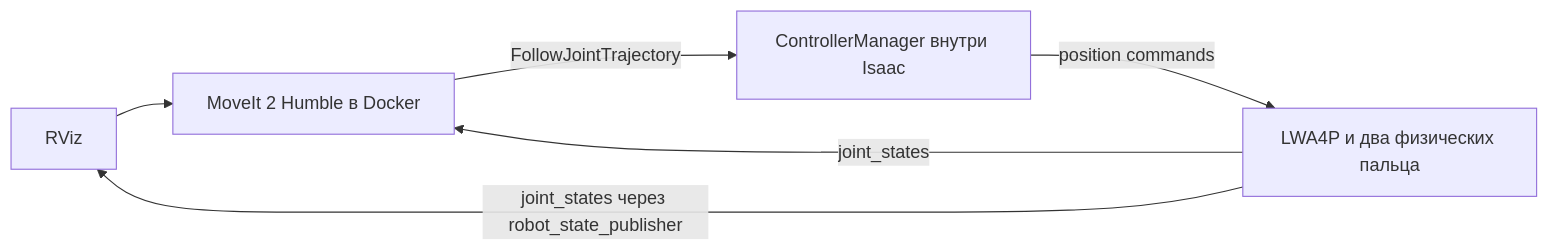
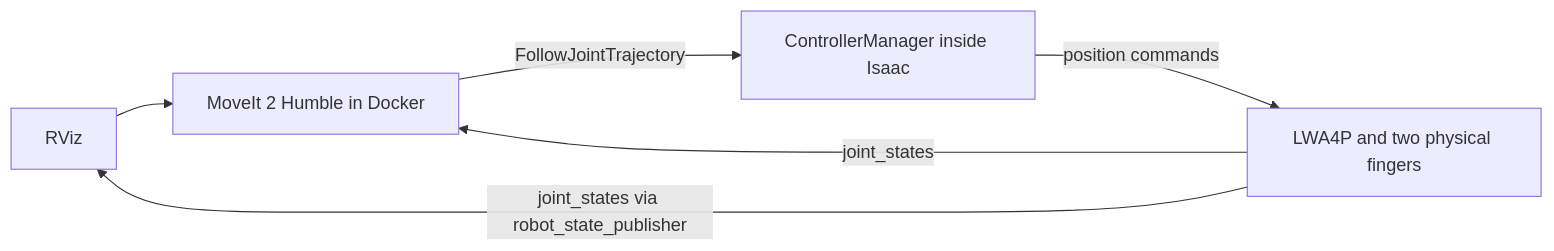
One commit to RoboCup-FEI/manipulation-Simulation changed the diagram in isaac/moveit/README.md. Above: the diagram before and after it, drawn with Mermaid. The commit also changed other lines of this file, not shown here.

Commit message:
Translate Isaac Sim integration documentation to English

````diff
--- a/isaac/moveit/README.md
+++ b/isaac/moveit/README.md
@@ -63,8 +64,8 @@
 ```mermaid
 flowchart LR
-    RViz --> MoveIt[MoveIt 2 Humble в Docker]
-    MoveIt -->|FollowJointTrajectory| CM[ControllerManager внутри Isaac]
-    CM -->|position commands| PhysX[LWA4P и два физических пальца]
+    RViz --> MoveIt[MoveIt 2 Humble in Docker]
+    MoveIt -->|FollowJointTrajectory| CM[ControllerManager inside Isaac]
+    CM -->|position commands| PhysX[LWA4P and two physical fingers]
     PhysX -->|joint_states| MoveIt
-    PhysX -->|joint_states через robot_state_publisher| RViz
+    PhysX -->|joint_states via robot_state_publisher| RViz
 ```
````
